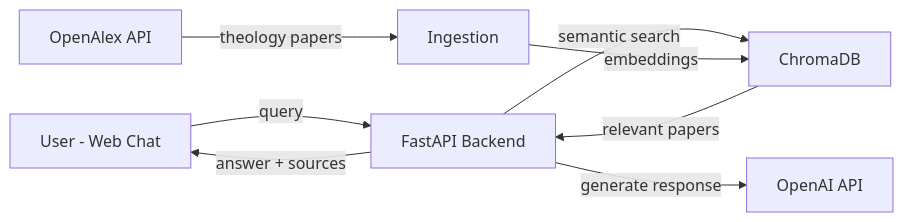
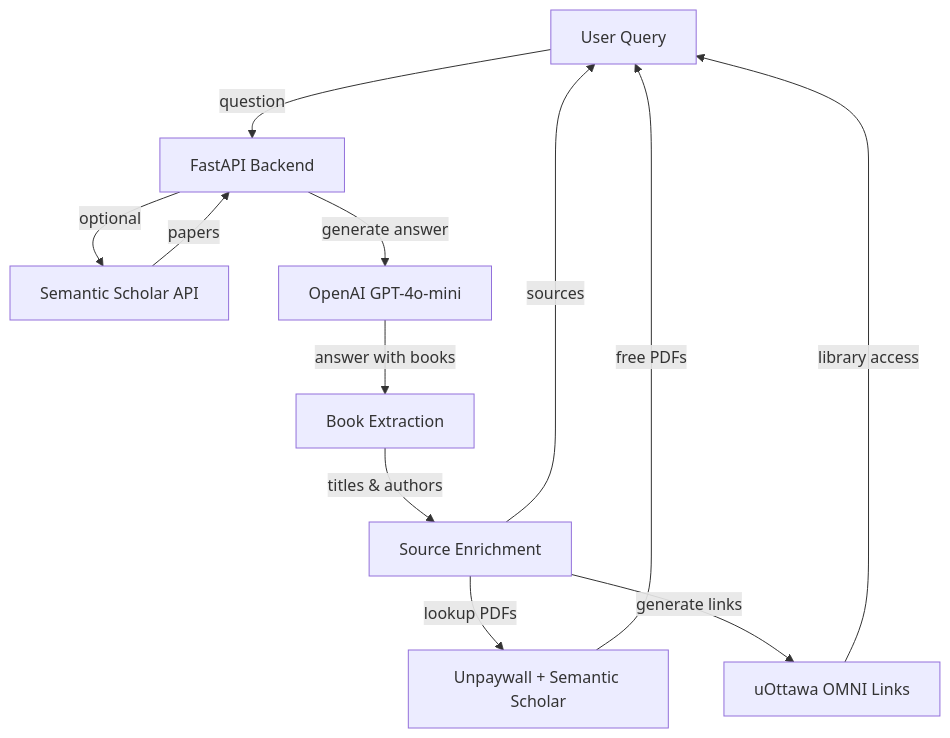
One commit to CharSiu8/GRAYSON changed the diagram in README.md. Above: the diagram before and after it, drawn with Mermaid. The commit also changed other lines of this file and 2 other files, not shown here.

````diff
--- a/README.md
+++ b/README.md
@@ -37,10 +46,14 @@
 ```mermaid
-flowchart LR
-  User[User - Web Chat] -->|query| API[FastAPI Backend]
-  API -->|semantic search| VectorDB[ChromaDB]
-  API -->|generate response| LLM[OpenAI API]
-  VectorDB -->|relevant papers| API
-  API -->|answer + sources| User
-  Ingest[Ingestion] -->|embeddings| VectorDB
-  OpenAlex[OpenAlex API] -->|theology papers| Ingest
+flowchart TB
+  User[User Query] -->|question| API[FastAPI Backend]
+  API -->|optional| Semantic[Semantic Scholar API]
+  Semantic -->|papers| API
+  API -->|generate answer| LLM[OpenAI GPT-4o-mini]
+  LLM -->|answer with books| Extract[Book Extraction]
+  Extract -->|titles & authors| Enrich[Source Enrichment]
+  Enrich -->|lookup PDFs| PDF[Unpaywall + Semantic Scholar]
+  Enrich -->|generate links| UOttawa[uOttawa OMNI Links]
+  UOttawa -->|library access| User
+  PDF -->|free PDFs| User
+  Enrich -->|sources| User
 ```
````
